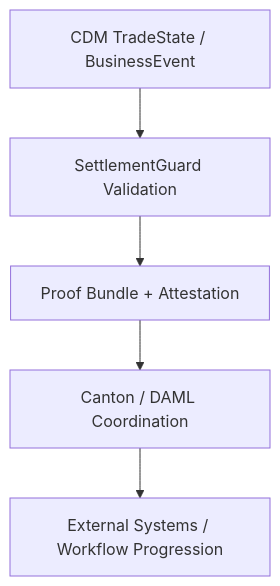
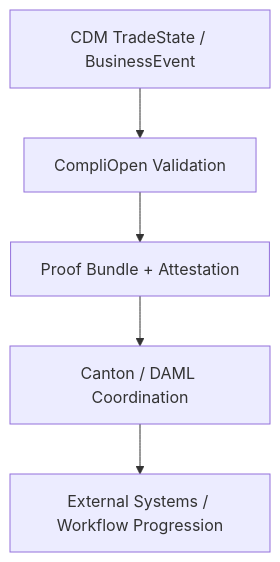
Before and after one commit to finos-labs/dtcch-2026-compliledger: the second of 7 diagrams in README.md, drawn with Mermaid. The commit also changed other lines of this file and 38 other files, not shown here.

Commit message:
Rename active branding to CompliOpen

````diff
--- a/README.md
+++ b/README.md
@@ -176,13 +181,13 @@
 ```mermaid
 flowchart TD
     CDM["CDM TradeState / BusinessEvent"]
-    VAL["SettlementGuard Validation"]
+    VAL["CompliOpen Validation"]
     PROOF["Proof Bundle + Attestation"]
     CANTON["Canton / DAML Coordination"]
     EXT["External Systems / Workflow Progression"]
 
     CDM --> VAL
     VAL --> PROOF
     PROOF --> CANTON
     CANTON --> EXT
 ```
````
